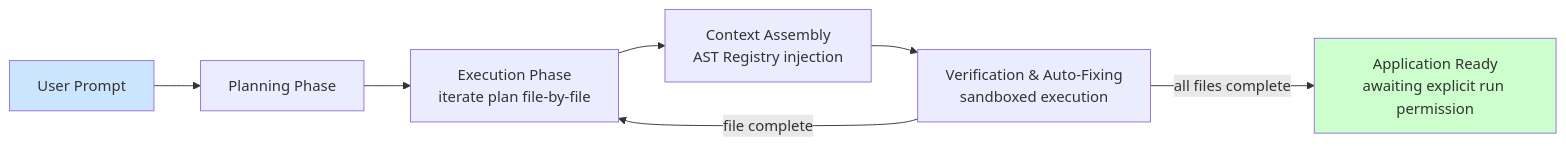
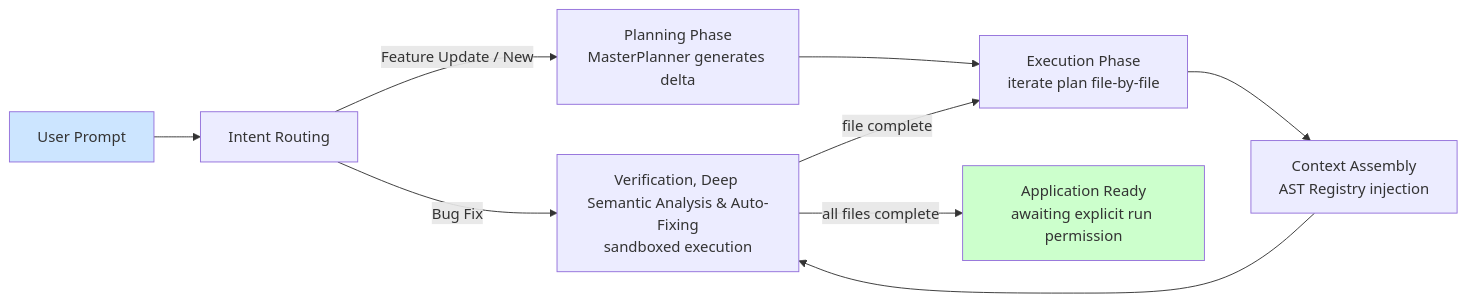
Before and after one commit to abhinav-vasudevan/Context-agent: the sixth of 11 diagrams in Context_Agent_Approach_Document.md, drawn with Mermaid. The commit also changed other lines of this file and 14 other files, not shown here.

Commit message:
deep semantic analyser(Ruff, Pyright, Semgrep)

````diff
--- a/Context_Agent_Approach_Document.md
+++ b/Context_Agent_Approach_Document.md
@@ -252,12 +260,14 @@
 ```mermaid
 flowchart LR
-    A[User Prompt] --> B[Planning Phase]
-    B --> C[Execution Phase<br/>iterate plan file-by-file]
-    C --> D[Context Assembly<br/>AST Registry injection]
-    D --> E[Verification & Auto-Fixing<br/>sandboxed execution]
-    E -->|file complete| C
-    E -->|all files complete| F[Application Ready<br/>awaiting explicit run permission]
+    A[User Prompt] --> B[Intent Routing]
+    B -->|Bug Fix| E
+    B -->|Feature Update / New| C[Planning Phase<br/>MasterPlanner generates delta]
+    C --> D[Execution Phase<br/>iterate plan file-by-file]
+    D --> F[Context Assembly<br/>AST Registry injection]
+    F --> E[Verification, Deep Semantic Analysis & Auto-Fixing<br/>sandboxed execution]
+    E -->|file complete| D
+    E -->|all files complete| G[Application Ready<br/>awaiting explicit run permission]
 
     style A fill:#cce5ff
-    style F fill:#ccffcc
+    style G fill:#ccffcc
 ```
````
